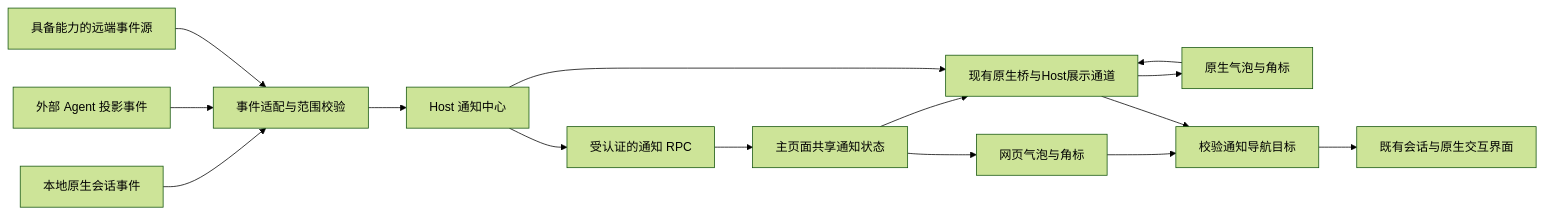
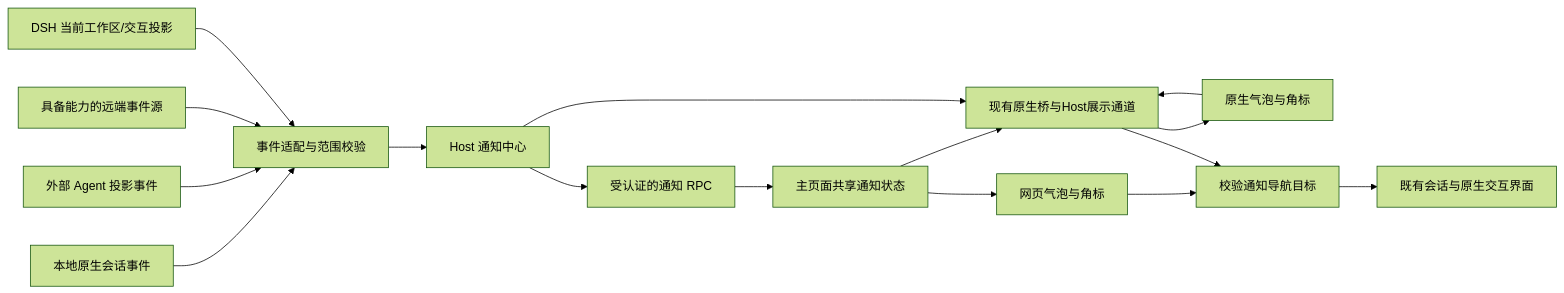
Before and after one commit to jingyi0605/Codingns4DSH: the diagram in specs/spec014.1-全局助理会话提醒与情绪反馈/design.md, drawn with Mermaid (forest theme). The commit also changed other lines of this file and 3 other files, not shown here.

````diff
--- a/specs/spec014.1-全局助理会话提醒与情绪反馈/design.md
+++ b/specs/spec014.1-全局助理会话提醒与情绪反馈/design.md
@@ -27,17 +27,18 @@
 ```mermaid
 flowchart LR
     L[本地原生会话事件] --> A[事件适配与范围校验]
     E[外部 Agent 投影事件] --> A
     P[具备能力的远端事件源] --> A
+    D[DSH 当前工作区/交互投影] --> A
     A --> C[Host 通知中心]
     C --> R[受认证的通知 RPC]
     R --> S[主页面共享通知状态]
     S --> W[网页气泡与角标]
     S --> B[现有原生桥与Host展示通道]
     C --> B
     B --> N[原生气泡与角标]
     W --> T[校验通知导航目标]
     N --> B
     B --> T
     T --> U[既有会话与原生交互界面]
 ```
````
